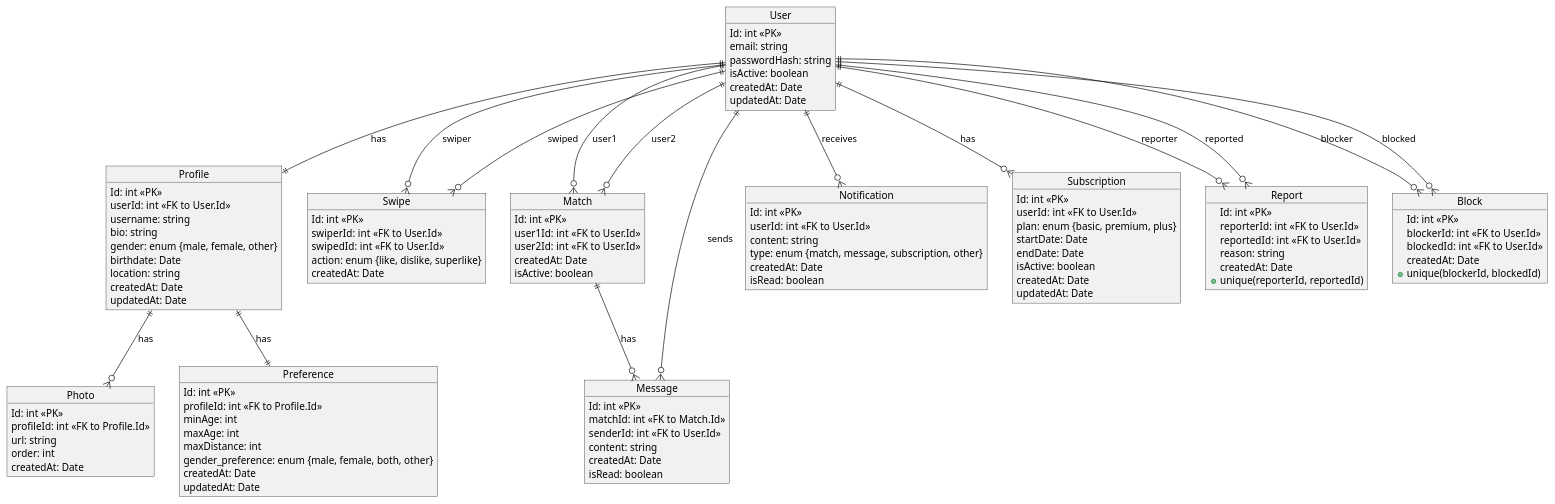
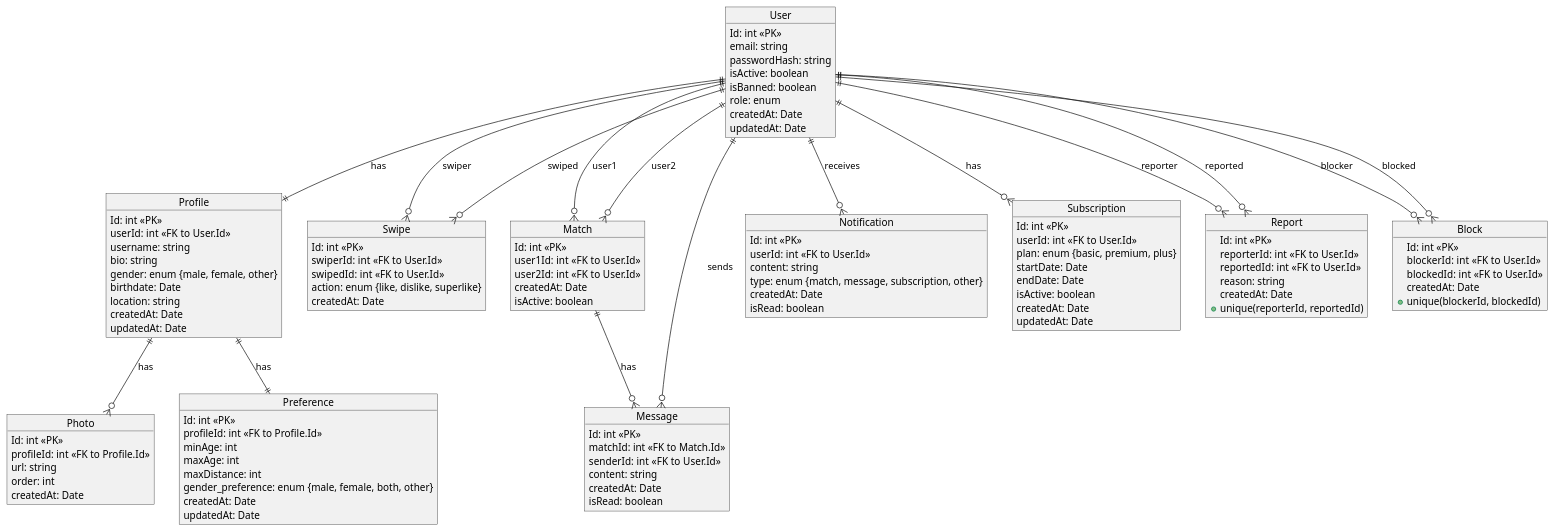
The diagram in docs/Dating_App_ERD.puml (tammysensitive2312/Tinder-Dating-App-_IT4409), drawn with PlantUML before and after one commit. The commit also changed 6 other files, not shown here.

```diff
--- a/docs/Dating_App_ERD.puml
+++ b/docs/Dating_App_ERD.puml
@@ -1,128 +1,130 @@
 @startuml database_design
 
 object User {
   Id: int <<PK>>
   email: string
   passwordHash: string
   isActive: boolean
+  isBanned: boolean
+  role: enum
   createdAt: Date
   updatedAt: Date
 }
 
 object Profile {
   Id: int <<PK>>
   userId: int <<FK to User.Id>>
   username: string
   bio: string
   gender: enum {male, female, other}
   birthdate: Date
   location: string
   createdAt: Date
   updatedAt: Date
 }
 
 object Photo {
   Id: int <<PK>>
   profileId: int <<FK to Profile.Id>>
   url: string
   order: int
   createdAt: Date
 }
 
 object Preference {
   Id: int <<PK>>
   profileId: int <<FK to Profile.Id>>
   minAge: int
   maxAge: int
   maxDistance: int
   gender_preference: enum {male, female, both, other}
   createdAt: Date
   updatedAt: Date
 }
 
 object Swipe {
   Id: int <<PK>>
   swiperId: int <<FK to User.Id>>
   swipedId: int <<FK to User.Id>>
   action: enum {like, dislike, superlike}
   createdAt: Date
 }
 
 object Match {
   Id: int <<PK>>
   user1Id: int <<FK to User.Id>>
   user2Id: int <<FK to User.Id>>
   createdAt: Date
   isActive: boolean
 }
 
 object Message {
   Id: int <<PK>>
   matchId: int <<FK to Match.Id>>
   senderId: int <<FK to User.Id>>
   content: string
   createdAt: Date
   isRead: boolean
 }
 
 object Notification {
   Id: int <<PK>>
   userId: int <<FK to User.Id>>
   content: string
   type: enum {match, message, subscription, other}
   createdAt: Date
   isRead: boolean
 }
 
 object Subscription {
   Id: int <<PK>>
   userId: int <<FK to User.Id>>
   plan: enum {basic, premium, plus}
   startDate: Date
   endDate: Date
   isActive: boolean
   createdAt: Date
   updatedAt: Date
 }
 
 object Report {
   Id: int <<PK>>
   reporterId: int <<FK to User.Id>>
   reportedId: int <<FK to User.Id>>
   reason: string
   createdAt: Date
   + unique(reporterId, reportedId)
 }
 
 object Block {
   Id: int <<PK>>
   blockerId: int <<FK to User.Id>>
   blockedId: int <<FK to User.Id>>
   createdAt: Date
   + unique(blockerId, blockedId)
 }
 
 ' Các mối quan hệ
 User ||--|| Profile : has
 Profile ||--|| Preference : has
 Profile ||--o{ Photo : has
 
 User ||--o{ Swipe : "swiper"
 User ||--o{ Swipe : "swiped"
 
 User ||--o{ Match : "user1"
 User ||--o{ Match : "user2"
 
 Match ||--o{ Message : has
 User ||--o{ Message : sends
 
 User ||--o{ Notification : receives
 User ||--o{ Subscription : has
 
 User ||--o{ Report : "reporter"
 User ||--o{ Report : "reported"
 
 User ||--o{ Block : "blocker"
 User ||--o{ Block : "blocked"
 
 @enduml
```
